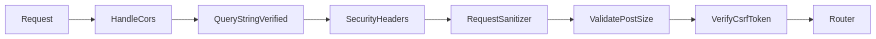
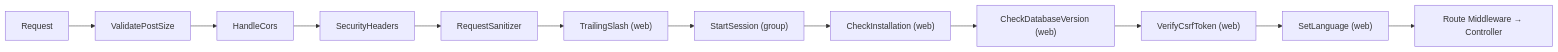
The diagram in docs/doc/02-Framework/06-Http/03-Middleware.md (huutrongdev93/cms-docs), drawn with Mermaid before and after one commit. The commit also changed other lines of this file and 91 other files, not shown here.

````diff
--- a/docs/doc/02-Framework/06-Http/03-Middleware.md
+++ b/docs/doc/02-Framework/06-Http/03-Middleware.md
@@ -153,10 +178,14 @@
 ```mermaid
 flowchart LR
-    A["Request"] --> B["HandleCors"]
-    B --> C["QueryStringVerified"]
+    A["Request"] --> B["ValidatePostSize"]
+    B --> C["HandleCors"]
     C --> D["SecurityHeaders"]
     D --> E["RequestSanitizer"]
-    E --> F["ValidatePostSize"]
-    F --> G["VerifyCsrfToken"]
-    G --> H["Router"]
+    E --> T["TrailingSlash (web)"]
+    T --> F["StartSession (group)"]
+    F --> G["CheckInstallation (web)"]
+    G --> V["CheckDatabaseVersion (web)"]
+    V --> H["VerifyCsrfToken (web)"]
+    H --> I["SetLanguage (web)"]
+    I --> J["Route Middleware → Controller"]
 ```
````
